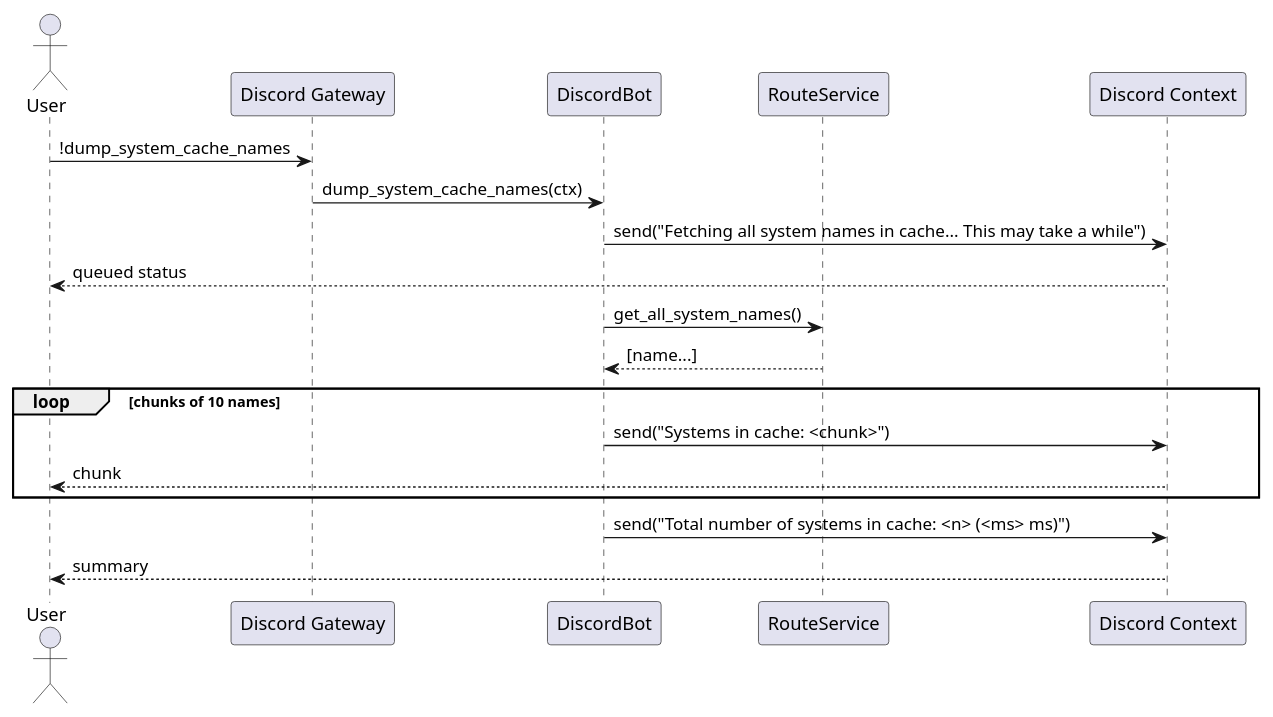
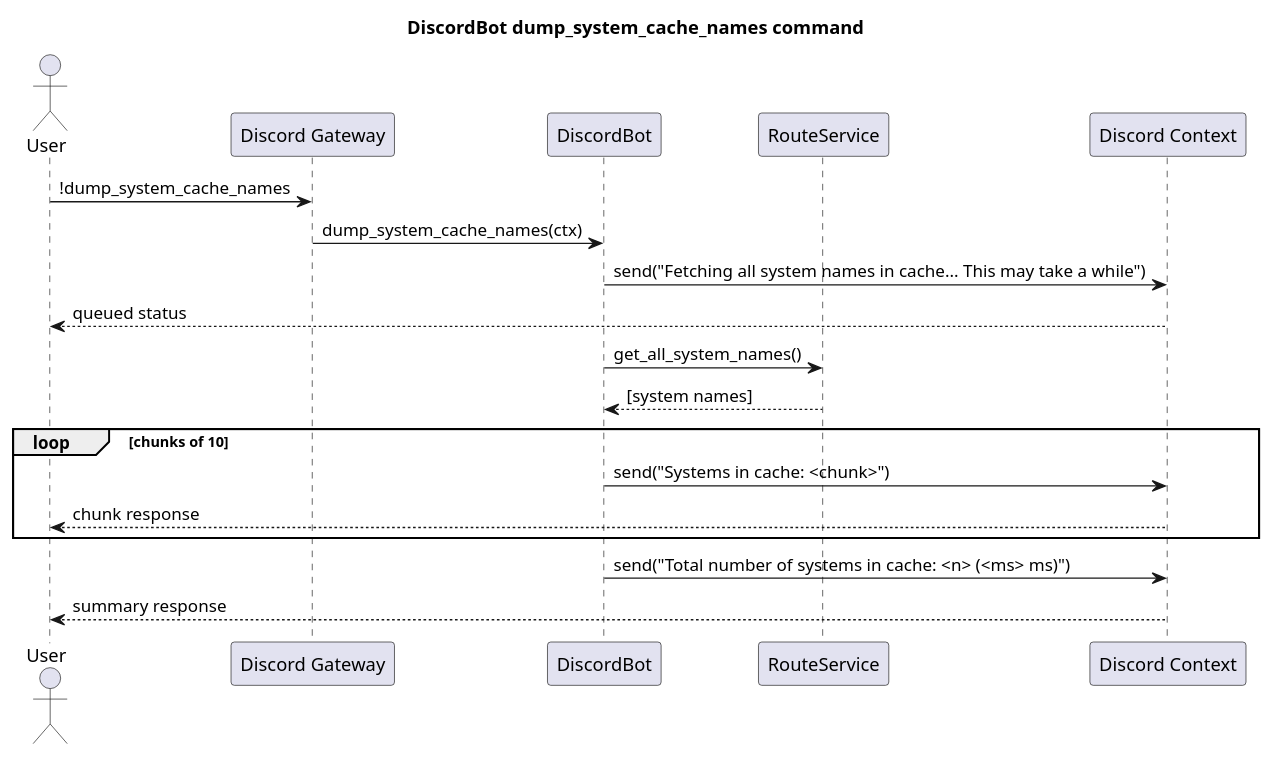
One commit to fazleskhan/elite_dangerous_discord_tools changed the fifth of 7 diagrams in docs/discord_bot_sequences.puml. Above: the diagram before and after it, drawn with PlantUML. The commit also changed other lines of this file and 25 other files, not shown here.

Commit message:
updated README.md and sequence diagrams

```diff
--- a/docs/discord_bot_sequences.puml
+++ b/docs/discord_bot_sequences.puml
@@ -83,23 +86,22 @@
 @startuml discord_bot_dump_system_cache_names
+title DiscordBot dump_system_cache_names command
 actor User
 participant "Discord Gateway" as Discord
 participant "DiscordBot" as Bot
 participant "RouteService" as Route
 participant "Discord Context" as Ctx
 
 User -> Discord : !dump_system_cache_names
 Discord -> Bot : dump_system_cache_names(ctx)
 Bot -> Ctx : send("Fetching all system names in cache... This may take a while")
 Ctx --> User : queued status
 
 Bot -> Route : get_all_system_names()
-Route --> Bot : [name...]
-
-loop chunks of 10 names
+Route --> Bot : [system names]
+loop chunks of 10
   Bot -> Ctx : send("Systems in cache: <chunk>")
-  Ctx --> User : chunk
+  Ctx --> User : chunk response
 end
-
 Bot -> Ctx : send("Total number of systems in cache: <n> (<ms> ms)")
-Ctx --> User : summary
+Ctx --> User : summary response
 @enduml
```
